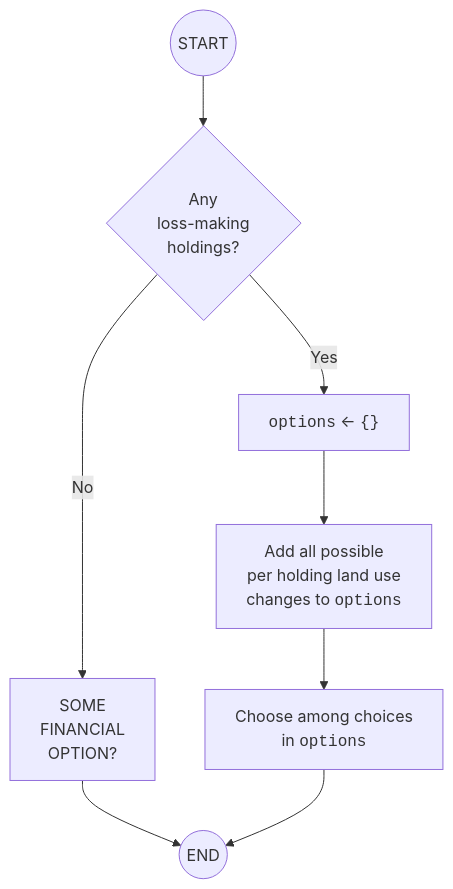
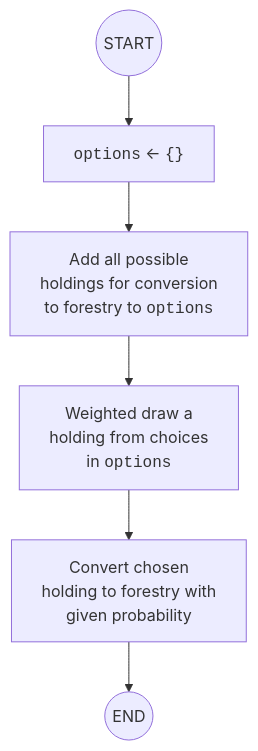
The diagram in model-description/documents/03c-survival-mode.qmd (DOSull/moving-the-middle-abm), drawn with Mermaid before and after one commit. The commit also changed other lines of this file and 49 other files, not shown here.

````diff
--- a/model-description/documents/03c-survival-mode.qmd
+++ b/model-description/documents/03c-survival-mode.qmd
@@ -29,18 +36,14 @@
 ```{mermaid}
 flowchart TB
   A((START))
-  F{Any<br>loss-making<br>holdings?}
   G["<span style='font-family:monospace'>options</span> &larr; <span style='font-family:monospace'> #123;#125; </span>"]
-  H[SOME<br>FINANCIAL<br>OPTION?]
-  J[Add all possible<br>per holding land use<br>changes to <span style="font-family:monospace;">options</span>]
-  K[Choose among choices<br>in  <span style="font-family:monospace;">options</span>]
+  J[Add all possible<br>holdings for conversion<br>to forestry to <span style="font-family:monospace;">options</span>]
+  K[Weighted draw a<br>holding from choices<br>in  <span style="font-family:monospace;">options</span>]
+  L[Convert chosen<br>holding to forestry with<br>given probability]
   Z((END))
-  A --> F
-  F -->|Yes| G
-  F -->|No| H
-  H --> Z
+  A --> G
   G --> J
   J --> K
-  K --> Z
-  click L "05-farmer-decisions-interventions.html" "Click for details"
+  K --> L
+  L --> Z
 ```
````
